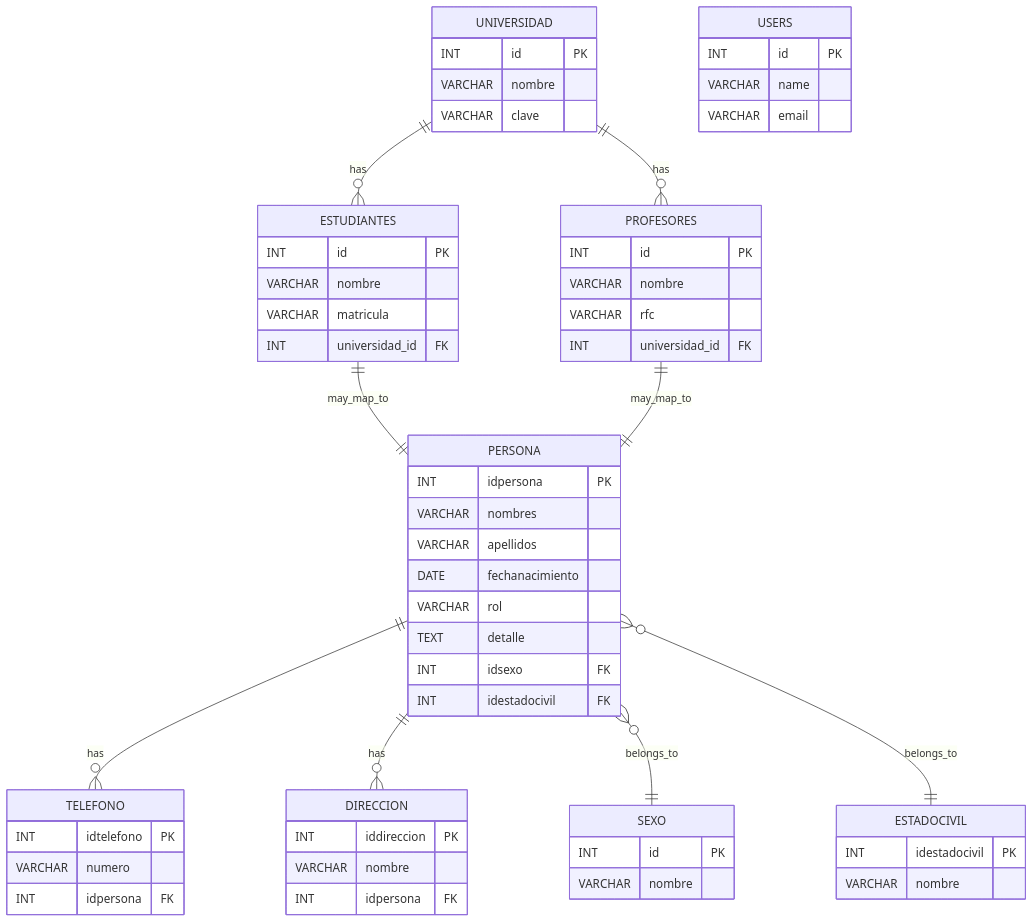
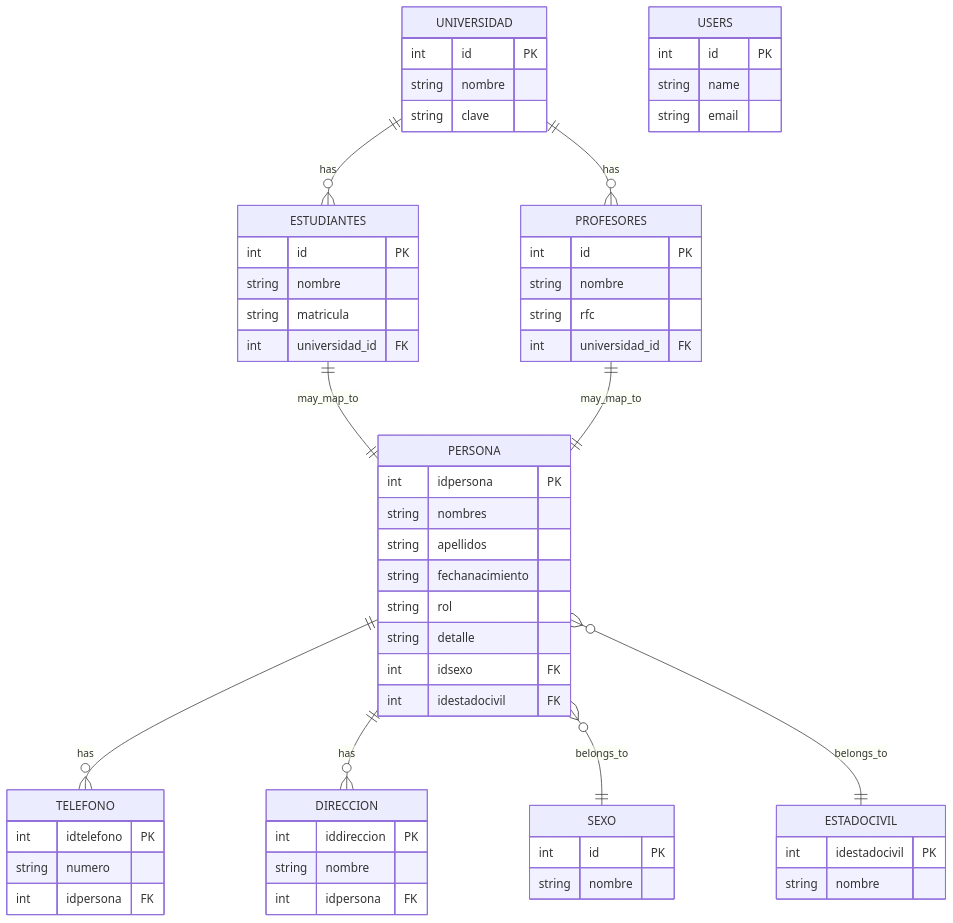
The diagram in README.md (Adrianguanoluisaloza/framword), drawn with Mermaid before and after one commit. The commit also changed other lines of this file, not shown here.

Commit message:
Mejorar diagrama ER Mermaid: formato más claro y bonito

````diff
--- a/README.md
+++ b/README.md
@@ -19,62 +21,62 @@
 ```mermaid
 erDiagram
   PERSONA {
-    INT idpersona PK
-    VARCHAR nombres
-    VARCHAR apellidos
-    DATE fechanacimiento
-    VARCHAR rol
-    TEXT detalle
-    INT idsexo FK
-    INT idestadocivil FK
+    int idpersona PK
+    string nombres
+    string apellidos
+    string fechanacimiento
+    string rol
+    string detalle
+    int idsexo FK
+    int idestadocivil FK
   }
   SEXO {
-    INT id PK
-    VARCHAR nombre
+    int id PK
+    string nombre
   }
   ESTADOCIVIL {
-    INT idestadocivil PK
-    VARCHAR nombre
+    int idestadocivil PK
+    string nombre
   }
   TELEFONO {
-    INT idtelefono PK
-    VARCHAR numero
-    INT idpersona FK
+    int idtelefono PK
+    string numero
+    int idpersona FK
   }
   DIRECCION {
-    INT iddireccion PK
-    VARCHAR nombre
-    INT idpersona FK
+    int iddireccion PK
+    string nombre
+    int idpersona FK
   }
   UNIVERSIDAD {
-    INT id PK
-    VARCHAR nombre
-    VARCHAR clave
+    int id PK
+    string nombre
+    string clave
   }
   ESTUDIANTES {
-    INT id PK
-    VARCHAR nombre
-    VARCHAR matricula
-    INT universidad_id FK
+    int id PK
+    string nombre
+    string matricula
+    int universidad_id FK
   }
   PROFESORES {
-    INT id PK
-    VARCHAR nombre
-    VARCHAR rfc
-    INT universidad_id FK
+    int id PK
+    string nombre
+    string rfc
+    int universidad_id FK
   }
   USERS {
-    INT id PK
-    VARCHAR name
-    VARCHAR email
+    int id PK
+    string name
+    string email
   }
 
   PERSONA ||--o{ TELEFONO : has
   PERSONA ||--o{ DIRECCION : has
   PERSONA }o--|| SEXO : belongs_to
   PERSONA }o--|| ESTADOCIVIL : belongs_to
   UNIVERSIDAD ||--o{ ESTUDIANTES : has
   UNIVERSIDAD ||--o{ PROFESORES : has
   ESTUDIANTES ||--|| PERSONA : may_map_to
   PROFESORES ||--|| PERSONA : may_map_to
 ```
````
